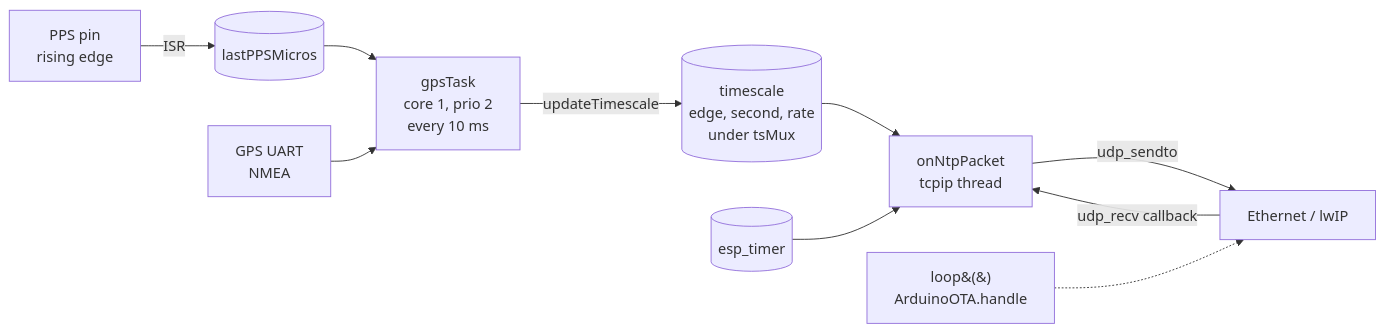
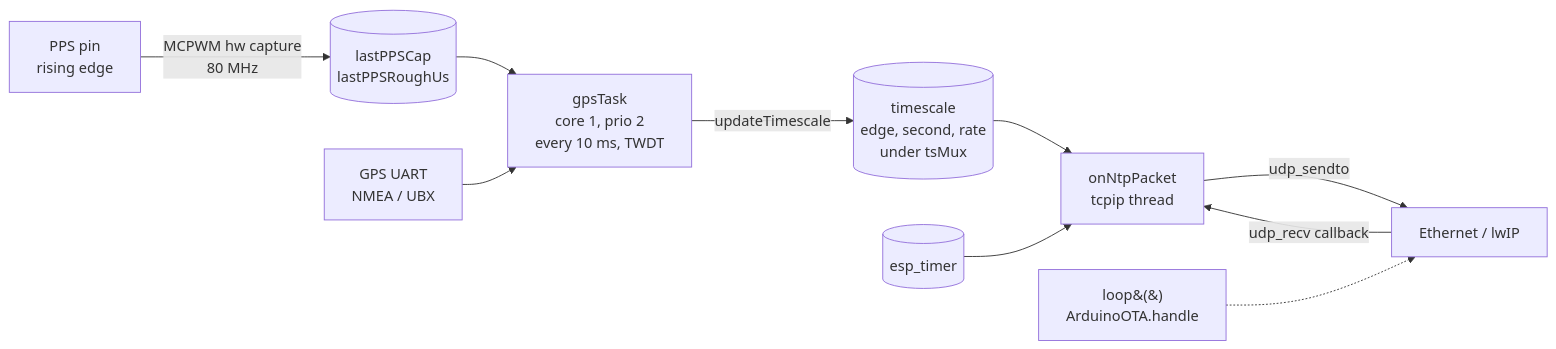
One commit to SensorsIot/NTP-Server-with-GPS changed the diagram in docs/PPS_Newapproach_V4-design.md. Above: the diagram before and after it, drawn with Mermaid. The commit also changed other lines of this file and 1 other file, not shown here.

First line of the commit message:
Add MCPWM hardware PPS capture, u-blox M10 startup config, and task watchdog

````diff
--- a/docs/PPS_Newapproach_V4-design.md
+++ b/docs/PPS_Newapproach_V4-design.md
@@ -50,12 +50,12 @@
 ```mermaid
 flowchart LR
-    PPS[PPS pin<br/>rising edge] -->|ISR| LP[(lastPPSMicros)]
-    UART[GPS UART<br/>NMEA] --> GT
-    LP --> GT[gpsTask<br/>core 1, prio 2<br/>every 10 ms]
+    PPS[PPS pin<br/>rising edge] -->|MCPWM hw capture<br/>80 MHz| LP[(lastPPSCap<br/>lastPPSRoughUs)]
+    UART[GPS UART<br/>NMEA / UBX] --> GT
+    LP --> GT[gpsTask<br/>core 1, prio 2<br/>every 10 ms, TWDT]
     GT -->|updateTimescale| TS[(timescale<br/>edge, second, rate<br/>under tsMux)]
     TIMER[(esp_timer)] --> CB
     NET[Ethernet / lwIP] -->|udp_recv callback| CB[onNtpPacket<br/>tcpip thread]
     TS --> CB
     CB -->|udp_sendto| NET
     LOOP[loop&#40;&#41;<br/>ArduinoOTA.handle] -.-> NET
 ```
````
